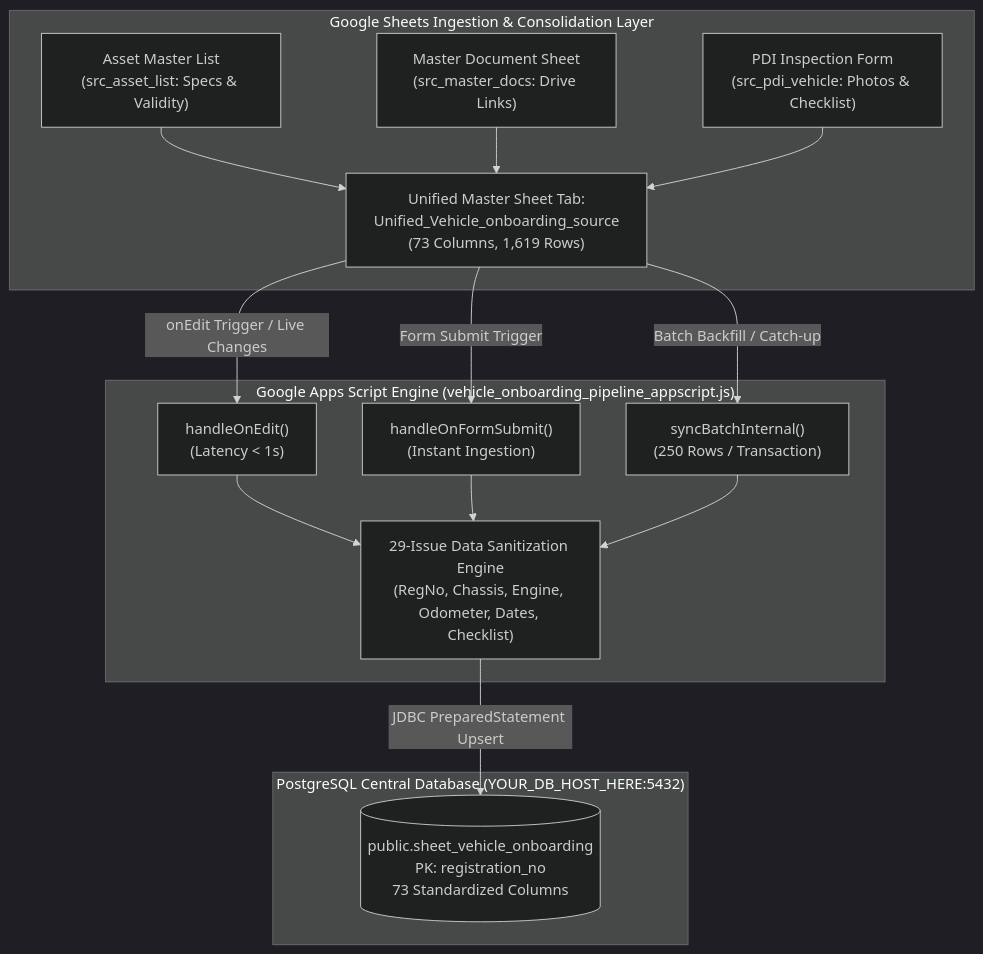
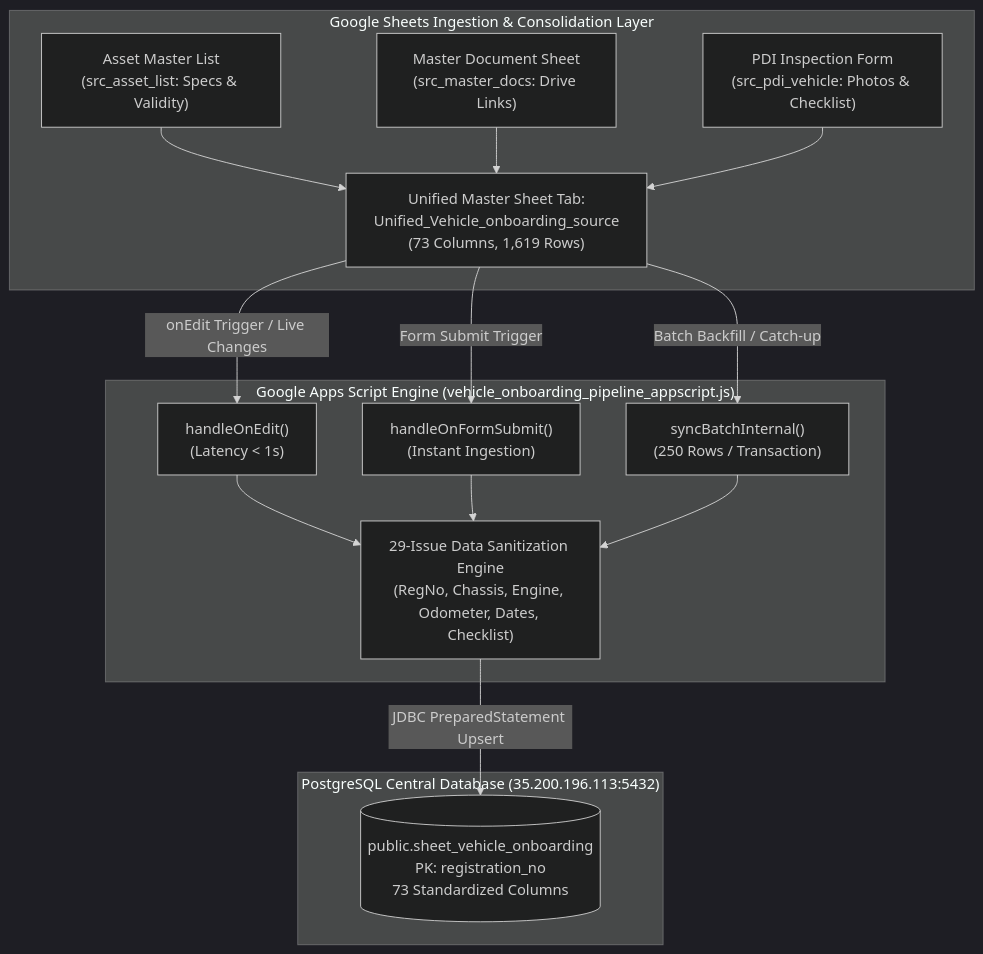
Before and after one commit to aayush-letzryd/backend: the diagram in Vehicle Onboarding Google Sheet/README.md, drawn with Mermaid (dark theme). The commit also changed other lines of this file and 3 other files, not shown here.

````diff
--- a/Vehicle Onboarding Google Sheet/README.md
+++ b/Vehicle Onboarding Google Sheet/README.md
@@ -36,26 +35,26 @@
 ```mermaid
 flowchart TD
     subgraph Google Sheets Layer ["Google Sheets Ingestion & Consolidation Layer"]
         A1["Asset Master List<br>(src_asset_list: Specs & Validity)"]
         A2["Master Document Sheet<br>(src_master_docs: Drive Links)"]
         A3["PDI Inspection Form<br>(src_pdi_vehicle: Photos & Checklist)"]
         
         A1 --> M["Unified Master Sheet Tab:<br>Unified_Vehicle_onboarding_source<br>(73 Columns, 1,619 Rows)"]
         A2 --> M
         A3 --> M
     end
 
     subgraph Pipeline Engine ["Google Apps Script Engine (vehicle_onboarding_pipeline_appscript.js)"]
         M -->|onEdit Trigger / Live Changes| E1["handleOnEdit()<br>(Latency &lt; 1s)"]
         M -->|Form Submit Trigger| E2["handleOnFormSubmit()<br>(Instant Ingestion)"]
         M -->|Batch Backfill / Catch-up| E3["syncBatchInternal()<br>(250 Rows / Transaction)"]
         
         E1 --> S["29-Issue Data Sanitization Engine<br>(RegNo, Chassis, Engine, Odometer, Dates, Checklist)"]
         E2 --> S
         E3 --> S
     end
 
-    subgraph Database Layer ["PostgreSQL Central Database (YOUR_DB_HOST_HERE:5432)"]
+    subgraph Database Layer ["PostgreSQL Central Database (35.200.196.113:5432)"]
         S -->|JDBC PreparedStatement Upsert| DB[("public.sheet_vehicle_onboarding<br>PK: registration_no<br>73 Standardized Columns")]
     end
 ```
````
